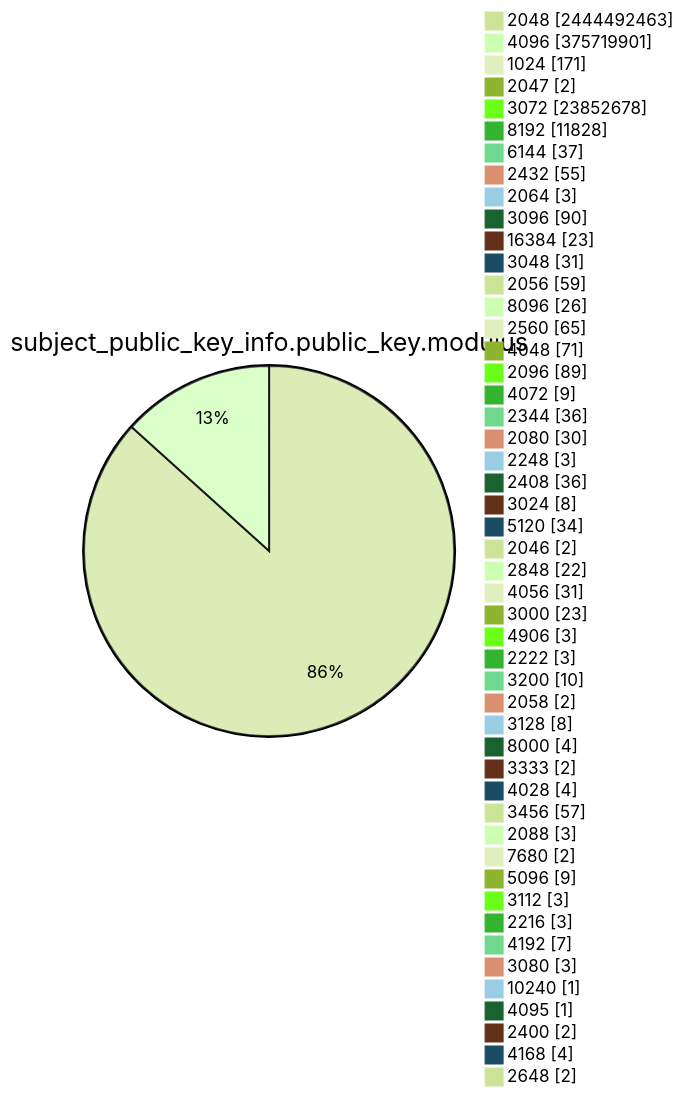
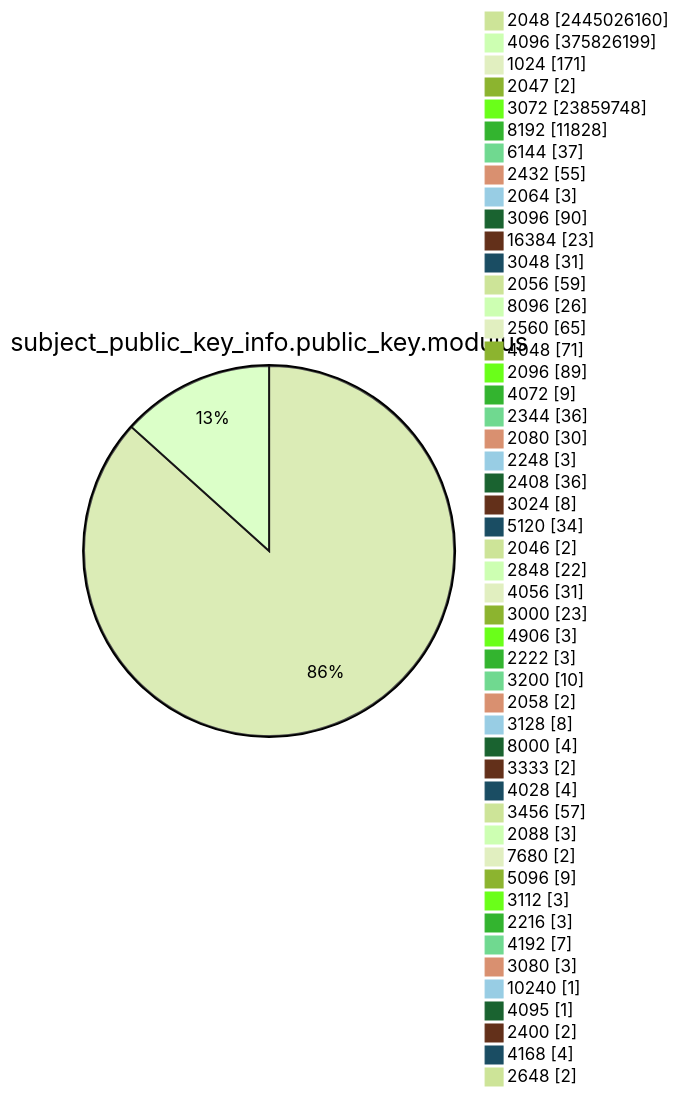
Diagram 13 of 15 in TOTAL/README.md (christiankrug/ctmonitor_visualization), drawn with Mermaid (forest theme) before and after one commit. The commit also changed other lines of this file, not shown here.

````diff
--- a/TOTAL/README.md
+++ b/TOTAL/README.md
@@ -4168,53 +4168,53 @@
 ```mermaid
 pie showData
 title subject_public_key_info.public_key.modulus
-"2048" :2444492463
-"4096" :375719901
+"2048" :2445026160
+"4096" :375826199
 "1024" :171
 "2047" :2
-"3072" :23852678
+"3072" :23859748
 "8192" :11828
 "6144" :37
 "2432" :55
 "2064" :3
 "3096" :90
 "16384" :23
 "3048" :31
 "2056" :59
 "8096" :26
 "2560" :65
 "4048" :71
 "2096" :89
 "4072" :9
 "2344" :36
 "2080" :30
 "2248" :3
 "2408" :36
 "3024" :8
 "5120" :34
 "2046" :2
 "2848" :22
 "4056" :31
 "3000" :23
 "4906" :3
 "2222" :3
 "3200" :10
 "2058" :2
 "3128" :8
 "8000" :4
 "3333" :2
 "4028" :4
 "3456" :57
 "2088" :3
 "7680" :2
 "5096" :9
 "3112" :3
 "2216" :3
 "4192" :7
 "3080" :3
 "10240" :1
 "4095" :1
 "2400" :2
 "4168" :4
 "2648" :2
 ```
````
